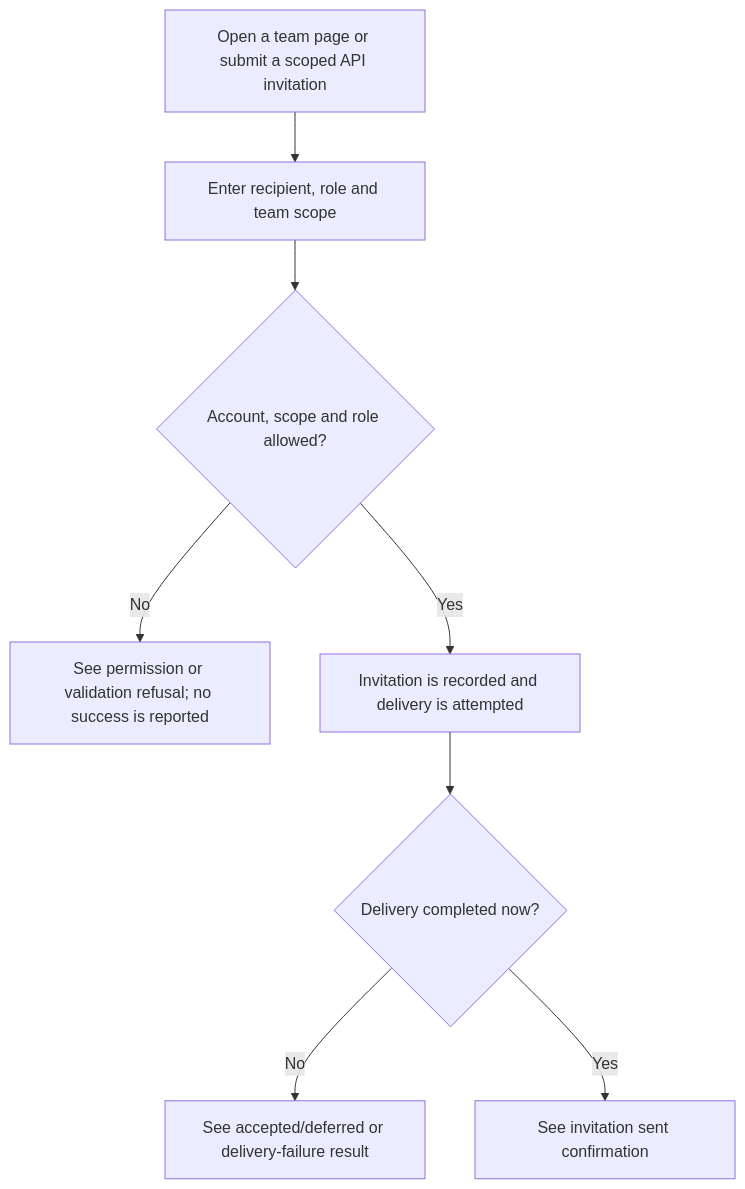
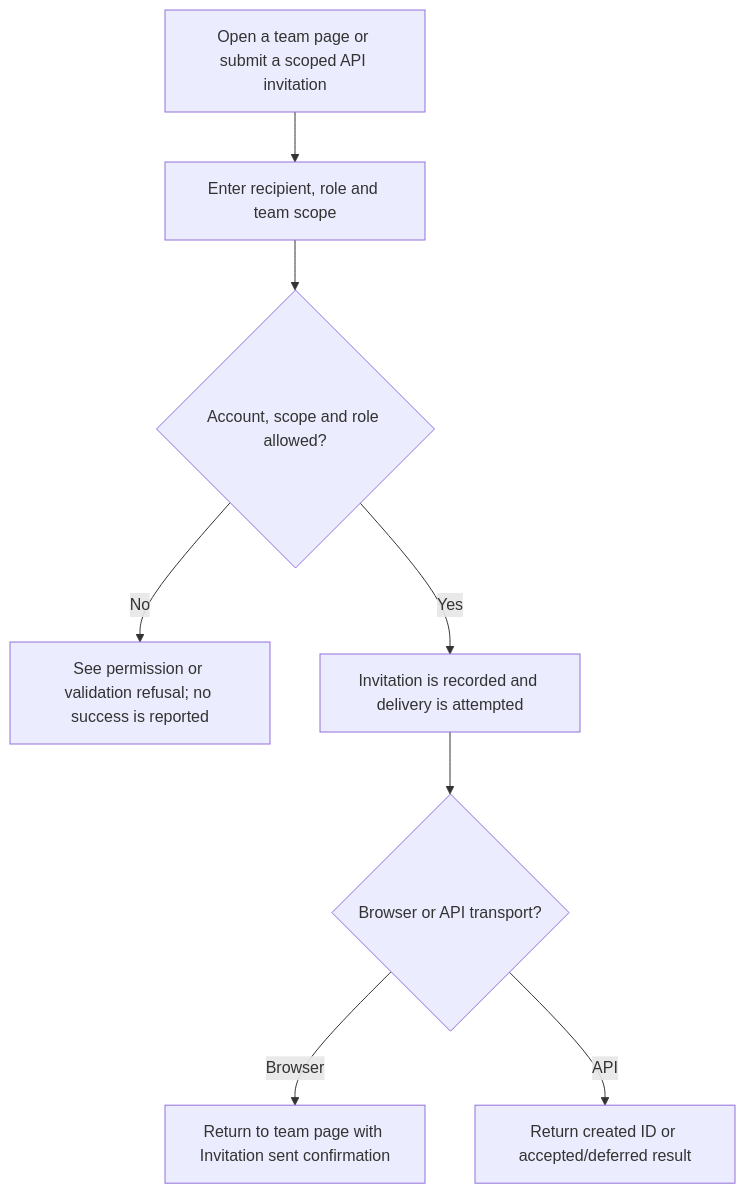
Before and after one commit to Kevinjohn/oss-adonisjs-starter-examples: the first of 2 diagrams in user-stories/teams/us-team-04-invite-team-member.md, drawn with Mermaid. The commit also changed other lines of this file and 2 other files, not shown here.

Commit message:
docs: correct starter email, invitation and team flows

````diff
--- a/user-stories/teams/us-team-04-invite-team-member.md
+++ b/user-stories/teams/us-team-04-invite-team-member.md
@@ -29,10 +29,10 @@
 ```mermaid
 flowchart TD
     A["Open a team page or submit a scoped API invitation"] --> B["Enter recipient, role and team scope"]
     B --> C{"Account, scope and role allowed?"}
     C -->|No| D["See permission or validation refusal; no success is reported"]
     C -->|Yes| E["Invitation is recorded and delivery is attempted"]
-    E --> F{"Delivery completed now?"}
-    F -->|No| G["See accepted/deferred or delivery-failure result"]
-    F -->|Yes| H["See invitation sent confirmation"]
+    E --> F{"Browser or API transport?"}
+    F -->|Browser| G["Return to team page with Invitation sent confirmation"]
+    F -->|API| H["Return created ID or accepted/deferred result"]
 ```
````
